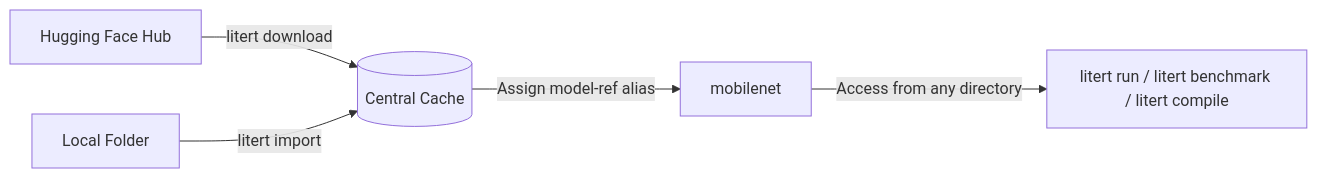
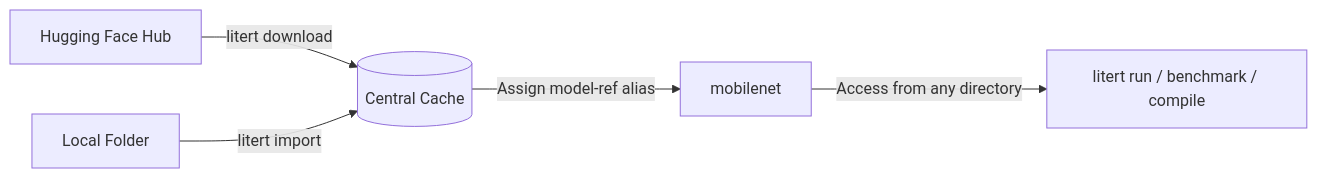
Before and after one commit to google-ai-edge/LiteRT-CLI: the second of 3 diagrams in examples/codelabs/cli_101.md, drawn with Mermaid. The commit also changed other lines of this file, not shown here.

````diff
--- a/examples/codelabs/cli_101.md
+++ b/examples/codelabs/cli_101.md
@@ -227,7 +242,7 @@
 ```mermaid
 graph LR
     HF[Hugging Face Hub] -->|litert download| Catalog[(Central Cache)]
     Local[Local Folder] -->|litert import| Catalog
     Catalog -->|Assign model-ref alias| Model[mobilenet]
-    Model -->|Access from any directory| Commands[litert run / litert benchmark / litert compile]
+    Model -->|Access from any directory| Commands[litert run / benchmark / compile]
 ```
````
